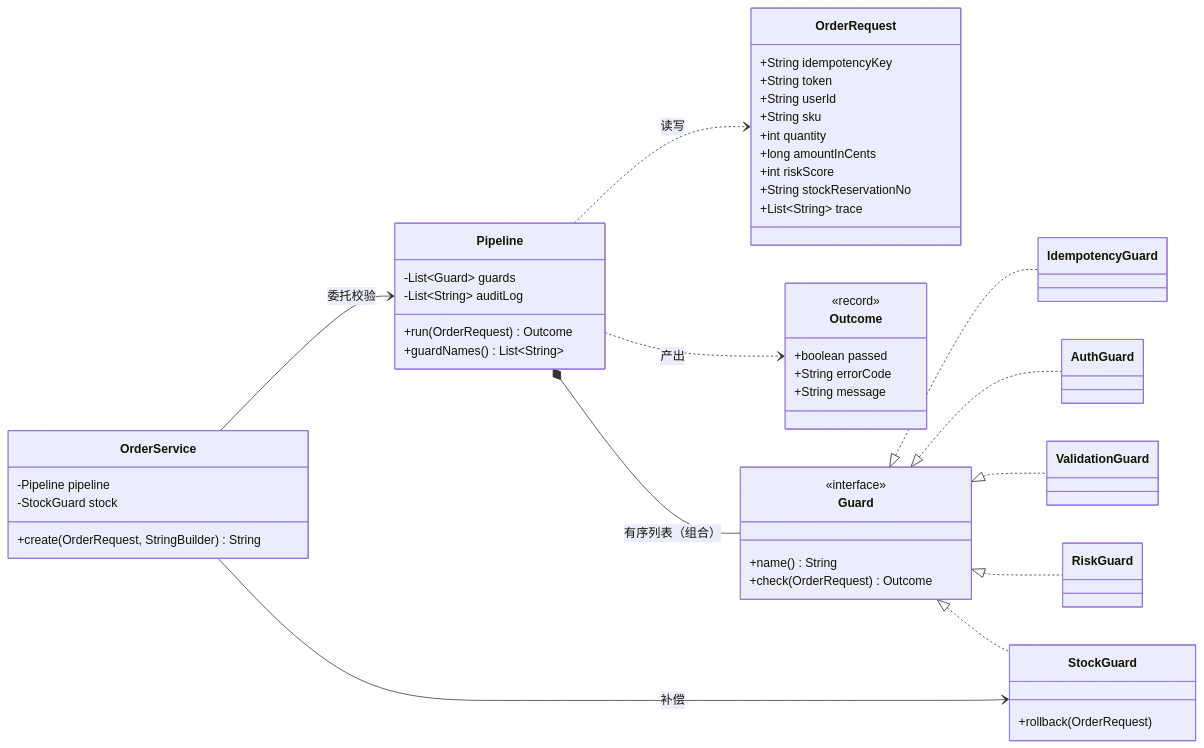
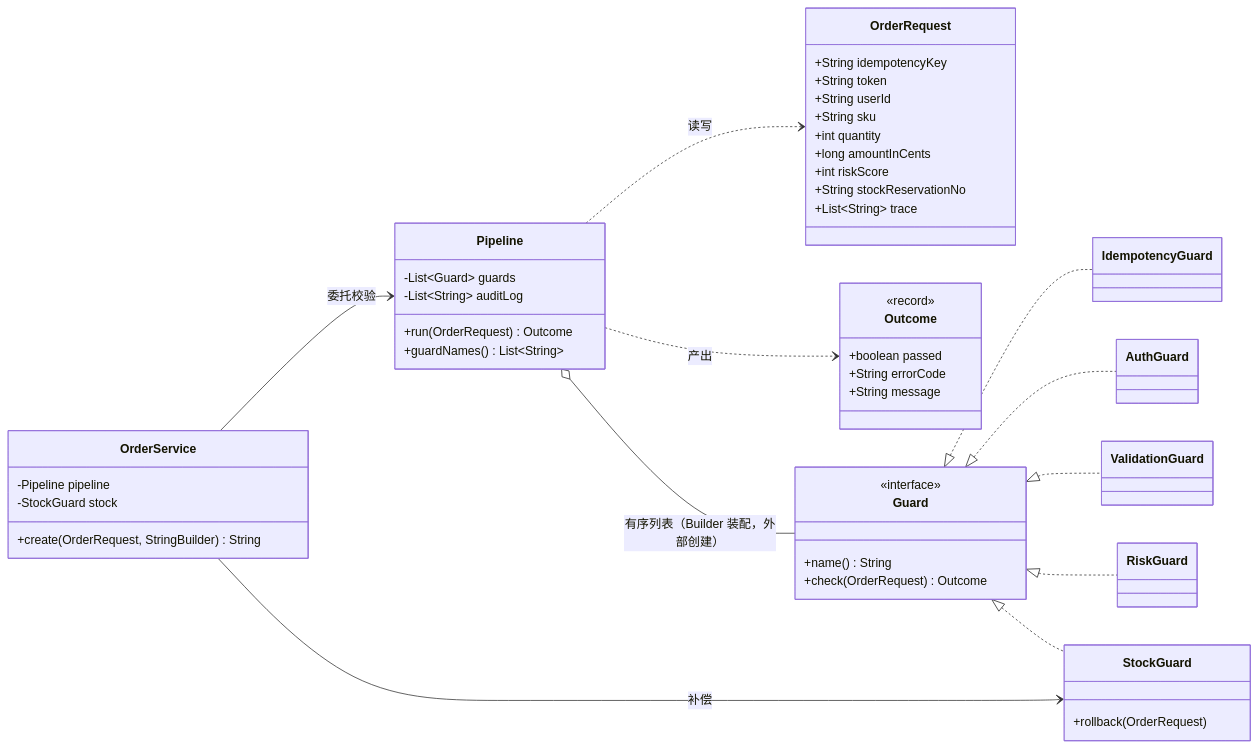
Before and after one commit to hglgh/design_patterns_pro: the first of 2 diagrams in docs/practice/05-api-request.md, drawn with Mermaid. The commit also changed other lines of this file and 16 other files, not shown here.

````diff
--- a/docs/practice/05-api-request.md
+++ b/docs/practice/05-api-request.md
@@ -244,55 +247,55 @@
 ```mermaid
 classDiagram
     direction LR
     class OrderRequest {
         +String idempotencyKey
         +String token
         +String userId
         +String sku
         +int quantity
         +long amountInCents
         +int riskScore
         +String stockReservationNo
         +List~String~ trace
     }
     class Outcome {
         <<record>>
         +boolean passed
         +String errorCode
         +String message
     }
     class Guard {
         <<interface>>
         +name() String
         +check(OrderRequest) Outcome
     }
     class IdempotencyGuard
     class AuthGuard
     class ValidationGuard
     class RiskGuard
     class StockGuard {
         +rollback(OrderRequest)
     }
     class Pipeline {
         -List~Guard~ guards
         -List~String~ auditLog
         +run(OrderRequest) Outcome
         +guardNames() List~String~
     }
     class OrderService {
         -Pipeline pipeline
         -StockGuard stock
         +create(OrderRequest, StringBuilder) String
     }
 
     Guard <|.. IdempotencyGuard
     Guard <|.. AuthGuard
     Guard <|.. ValidationGuard
     Guard <|.. RiskGuard
     Guard <|.. StockGuard
-    Pipeline *-- Guard : 有序列表（组合）
+    Pipeline o-- Guard : 有序列表（Builder 装配，外部创建）
     Pipeline ..> Outcome : 产出
     Pipeline ..> OrderRequest : 读写
     OrderService --> Pipeline : 委托校验
     OrderService --> StockGuard : 补偿
 ```
````
